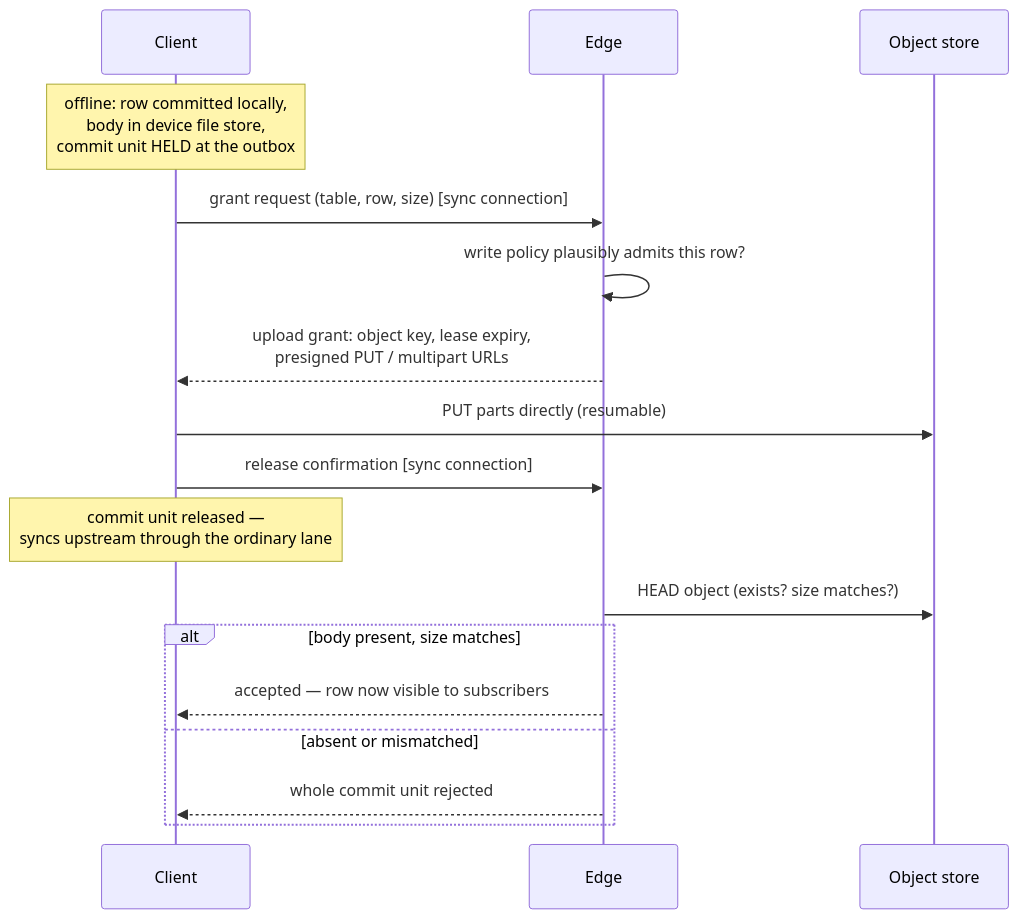
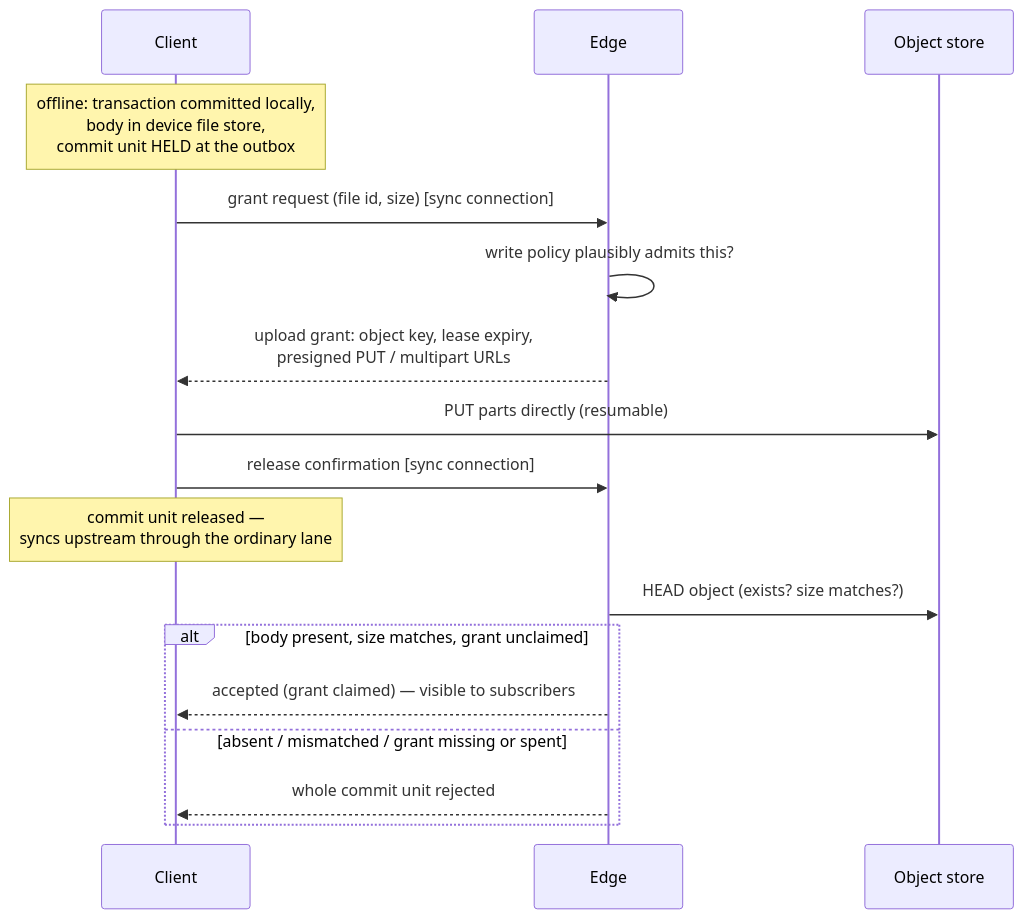
Before and after one commit to garden-co/jazz: the second of 3 diagrams in docs/superpowers/specs/2026-07-09-files-design-explained.md, drawn with Mermaid. The commit also changed other lines of this file and 1 other file, not shown here.

Commit message:
Switch files design from file table to file column

````diff
--- a/docs/superpowers/specs/2026-07-09-files-design-explained.md
+++ b/docs/superpowers/specs/2026-07-09-files-design-explained.md
@@ -163,20 +185,20 @@
 ```mermaid
 sequenceDiagram
     participant C as Client
     participant E as Edge
     participant S3 as Object store
 
-    Note over C: offline: row committed locally,<br/>body in device file store,<br/>commit unit HELD at the outbox
-    C->>E: grant request (table, row, size)   [sync connection]
-    E->>E: write policy plausibly admits this row?
+    Note over C: offline: transaction committed locally,<br/>body in device file store,<br/>commit unit HELD at the outbox
+    C->>E: grant request (file id, size)      [sync connection]
+    E->>E: write policy plausibly admits this?
     E-->>C: upload grant: object key, lease expiry,<br/>presigned PUT / multipart URLs
     C->>S3: PUT parts directly (resumable)
-    C->>E: release confirmation              [sync connection]
+    C->>E: release confirmation               [sync connection]
     Note over C: commit unit released —<br/>syncs upstream through the ordinary lane
     E->>S3: HEAD object (exists? size matches?)
-    alt body present, size matches
-        E-->>C: accepted — row now visible to subscribers
-    else absent or mismatched
+    alt body present, size matches, grant unclaimed
+        E-->>C: accepted (grant claimed) — visible to subscribers
+    else absent / mismatched / grant missing or spent
         E-->>C: whole commit unit rejected
     end
 ```
````
